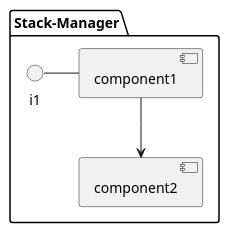
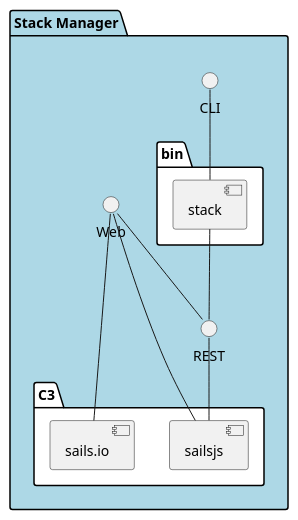
Before and after one commit to CAADE/C3: the diagram in docs/Solution/Stack-Manager/Physical.puml, drawn with PlantUML. The commit also changed other lines of this file and 158 other files, not shown here.

```diff
--- a/docs/Solution/Stack-Manager/Physical.puml
+++ b/docs/Solution/Stack-Manager/Physical.puml
@@ -1,11 +1,23 @@
 @startuml
 
-package "Stack-Manager" {
-component component1
-component component2
-interface i1
+package "Stack Manager" #lightblue {
+    interface CLI
+    interface Web
+    interface REST
+    folder C3 #ffffff {
+        component sailsjs
+        component sails.io
+    }
+    folder bin #ffffff {
+      component stack
+    }
+}
+CLI -- stack
+stack -- REST
+Web -- sailsjs
+Web -- REST
+REST -- sailsjs
 
-}
-i1 - component1
-component1 --> component2
+Web -- sails.io
+
 @enduml
```
